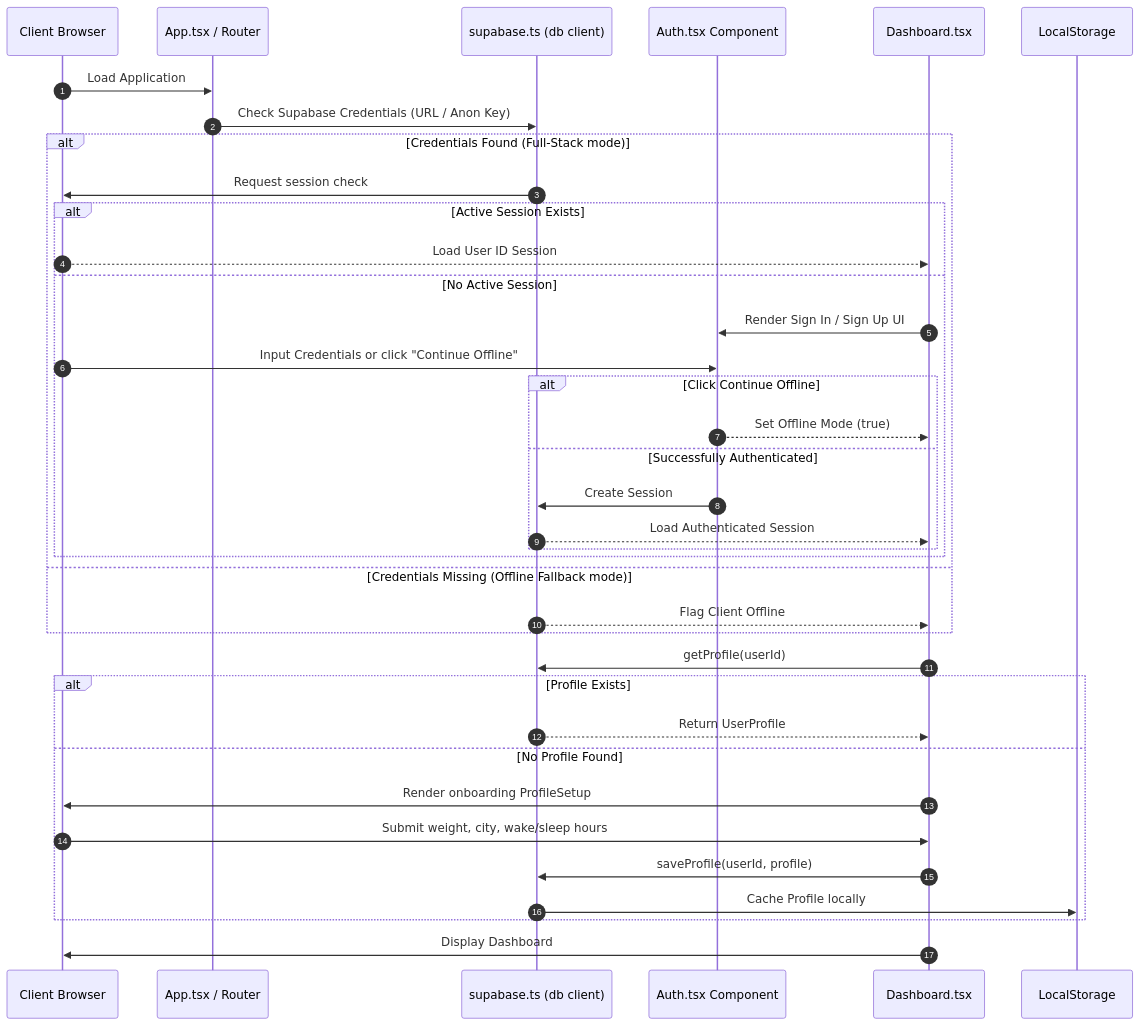
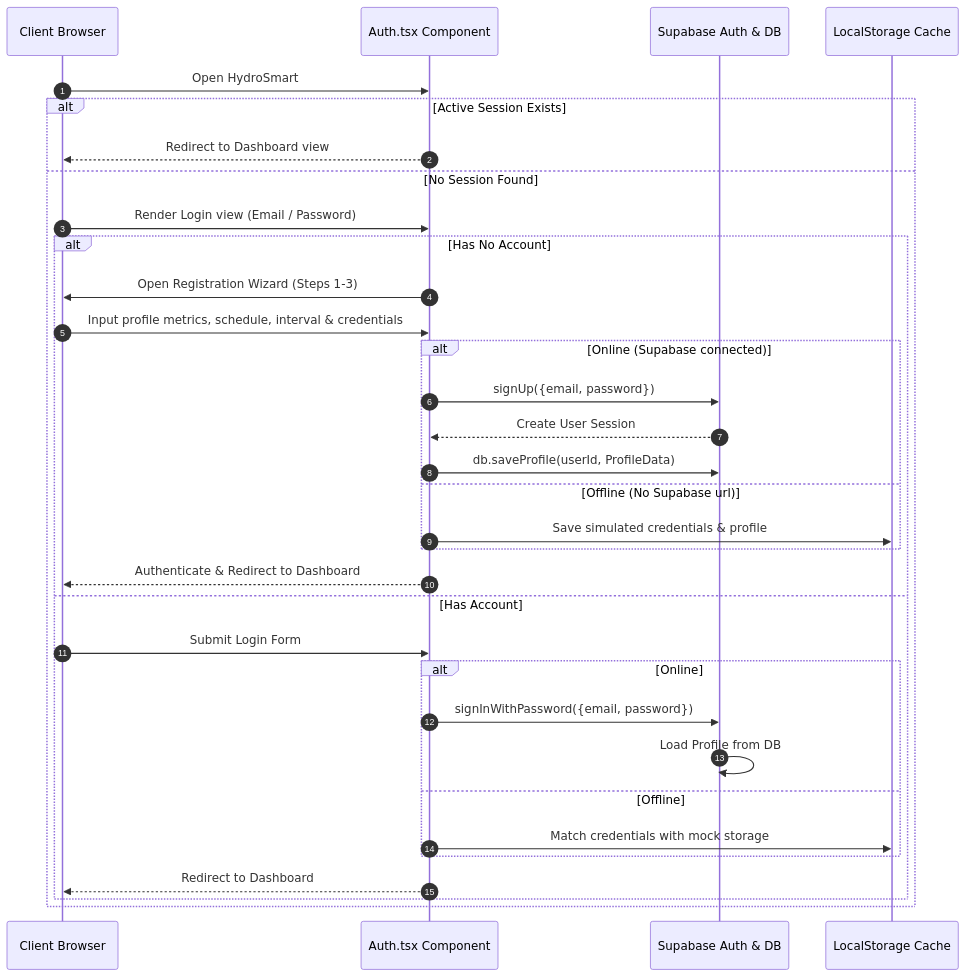
Before and after one commit to ramalokeshreddyp/hydrosmart-ai: the first of 3 diagrams in README.md, drawn with Mermaid. The commit also changed other lines of this file and 18 other files, not shown here.

Commit message:
feat: implement weather reminder rules, schedule limits, email/WhatsApp gateways, and UI cleanups

````diff
--- a/README.md
+++ b/README.md
@@ -144,41 +137,36 @@
 ```mermaid
 sequenceDiagram
     autonumber
-    participant User as Client Browser
-    participant App as App.tsx / Router
-    participant DB as supabase.ts (db client)
+    participant Browser as Client Browser
     participant Auth as Auth.tsx Component
-    participant Dash as Dashboard.tsx
-    participant LS as LocalStorage
+    participant Supa as Supabase Auth & DB
+    participant Local as LocalStorage Cache
 
-    User->>App: Load Application
-    App->>DB: Check Supabase Credentials (URL / Anon Key)
-    alt Credentials Found (Full-Stack mode)
-        DB->>User: Request session check
-        alt Active Session Exists
-            User-->>Dash: Load User ID Session
-        else No Active Session
-            Dash->>Auth: Render Sign In / Sign Up UI
-            User->>Auth: Input Credentials or click "Continue Offline"
-            alt Click Continue Offline
-                Auth-->>Dash: Set Offline Mode (true)
-            else Successfully Authenticated
-                Auth->>DB: Create Session
-                DB-->>Dash: Load Authenticated Session
-            end
+    Browser->>Auth: Open HydroSmart
+    alt Active Session Exists
+      Auth-->>Browser: Redirect to Dashboard view
+    else No Session Found
+      Browser->>Auth: Render Login view (Email / Password)
+      alt Has No Account
+        Auth->>Browser: Open Registration Wizard (Steps 1-3)
+        Browser->>Auth: Input profile metrics, schedule, interval & credentials
+        alt Online (Supabase connected)
+          Auth->>Supa: signUp({email, password})
+          Supa-->>Auth: Create User Session
+          Auth->>Supa: db.saveProfile(userId, ProfileData)
+        else Offline (No Supabase url)
+          Auth->>Local: Save simulated credentials & profile
         end
-    else Credentials Missing (Offline Fallback mode)
-        DB-->>Dash: Flag Client Offline
+        Auth-->>Browser: Authenticate & Redirect to Dashboard
+      else Has Account
+        Browser->>Auth: Submit Login Form
+        alt Online
+          Auth->>Supa: signInWithPassword({email, password})
+          Supa->>Supa: Load Profile from DB
+        else Offline
+          Auth->>Local: Match credentials with mock storage
+        end
+        Auth-->>Browser: Redirect to Dashboard
+      end
     end
-
-    Dash->>DB: getProfile(userId)
-    alt Profile Exists
-        DB-->>Dash: Return UserProfile
-    else No Profile Found
-        Dash->>User: Render onboarding ProfileSetup
-        User->>Dash: Submit weight, city, wake/sleep hours
-        Dash->>DB: saveProfile(userId, profile)
-        DB->>LS: Cache Profile locally
-    end
-    Dash->>User: Display Dashboard
 ```
````
